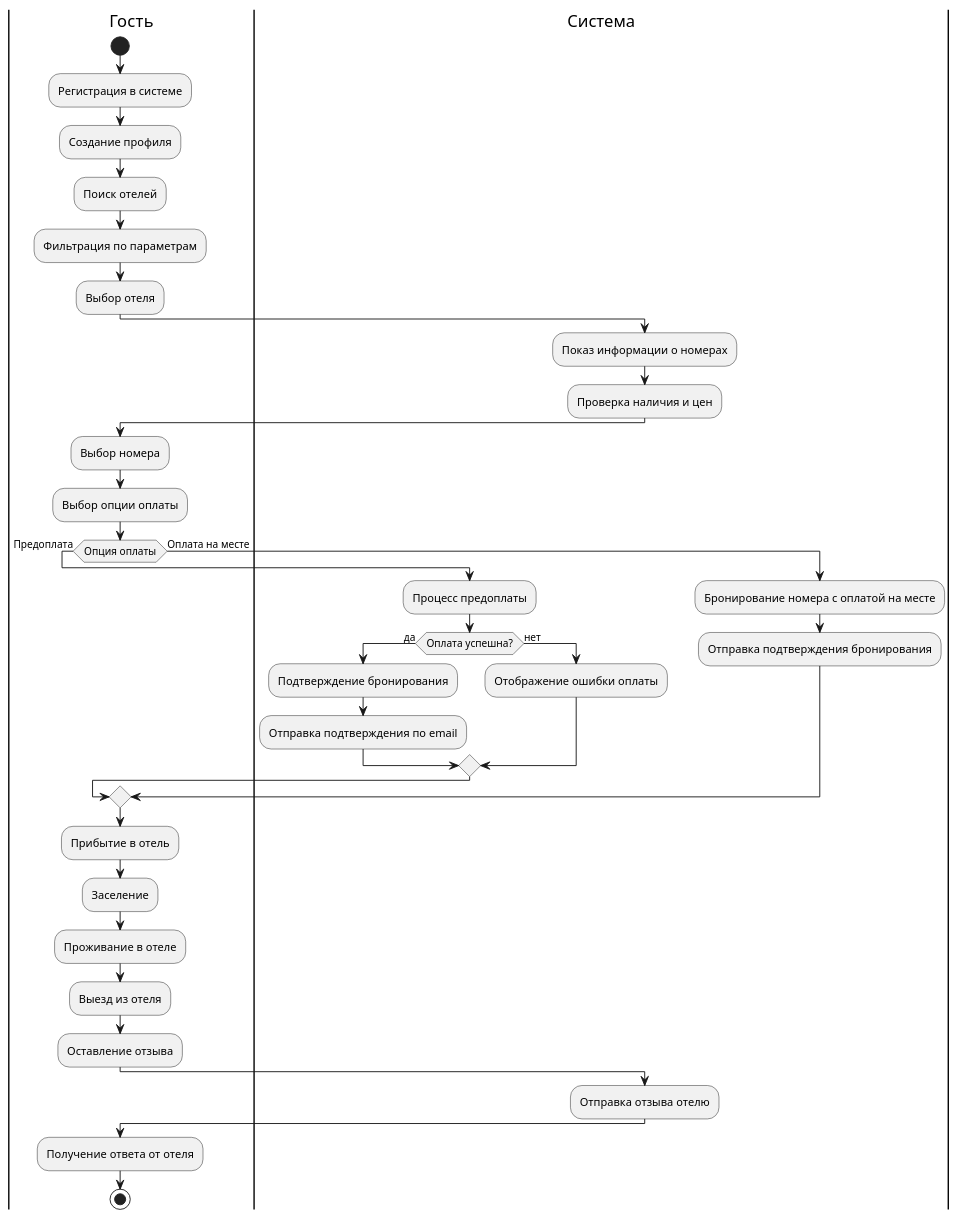
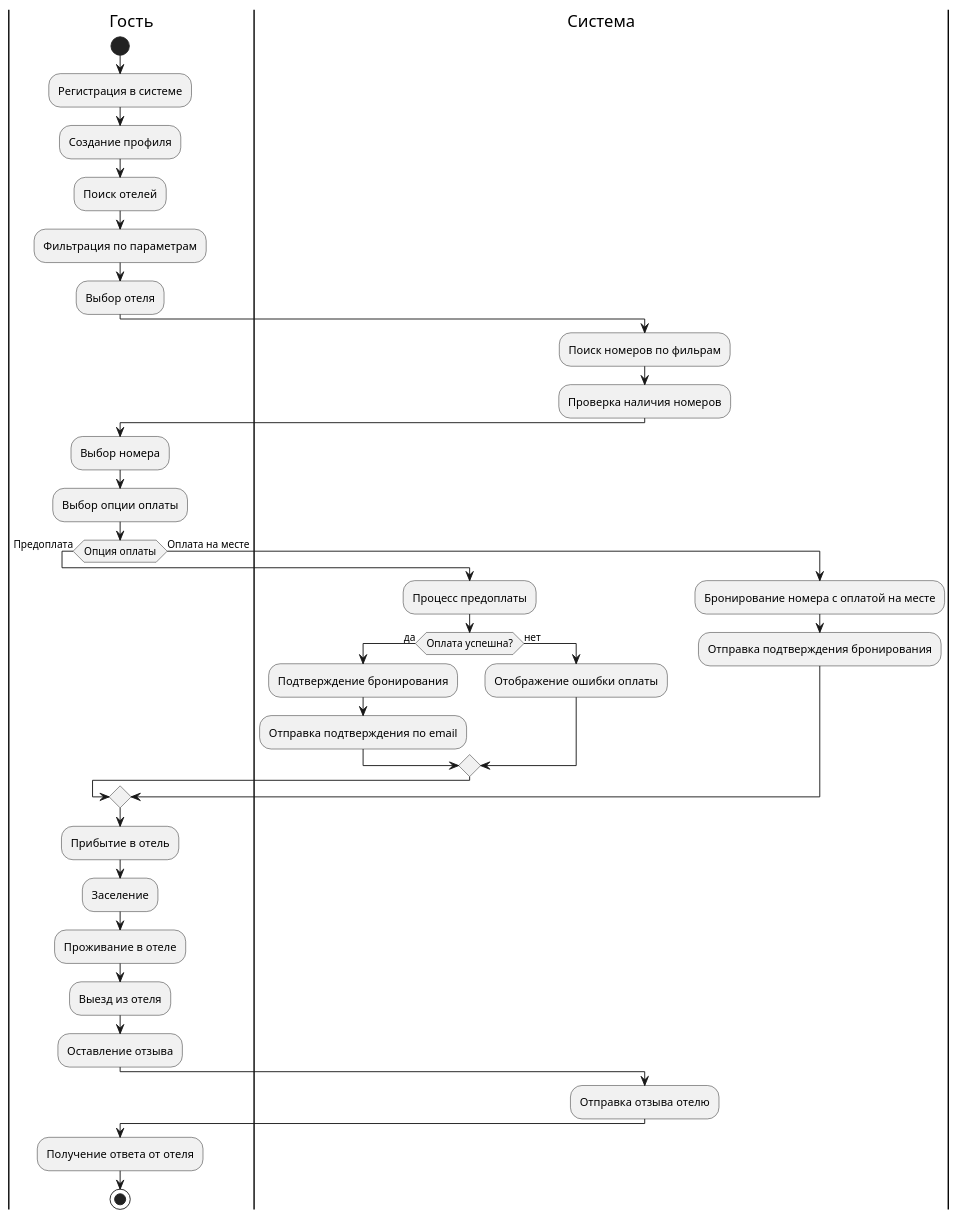
One commit to GornikMaria/SoftwareDevelopmentTechnology changed the diagram in Diagrams/Activity.puml. Above: the diagram before and after it, drawn with PlantUML.

```diff
--- a/Diagrams/Activity.puml
+++ b/Diagrams/Activity.puml
@@ -1,50 +1,50 @@
 @startuml
 |Гость|
 start
 
 :Регистрация в системе;
 :Создание профиля;
 
 :Поиск отелей;
 :Фильтрация по параметрам;
 :Выбор отеля;
 
 |Система|
-:Показ информации о номерах;
-:Проверка наличия и цен;
+:Поиск номеров по фильрам;
+:Проверка наличия номеров;
 
 |Гость|
 :Выбор номера;
 :Выбор опции оплаты;
 
 if (Опция оплаты) then (Предоплата)
   |Система|
   :Процесс предоплаты;
   if (Оплата успешна?) then (да)
     :Подтверждение бронирования;
     :Отправка подтверждения по email;
   else (нет)
     :Отображение ошибки оплаты;
   endif
 else (Оплата на месте)
   :Бронирование номера с оплатой на месте;
   :Отправка подтверждения бронирования;
 endif
 
 |Гость|
 :Прибытие в отель;
 :Заселение;
 
 :Проживание в отеле;
 :Выезд из отеля;
 
 :Оставление отзыва;
 
 |Система|
 :Отправка отзыва отелю;
 
 |Гость|
 :Получение ответа от отеля;
 
 stop
 @enduml
```
